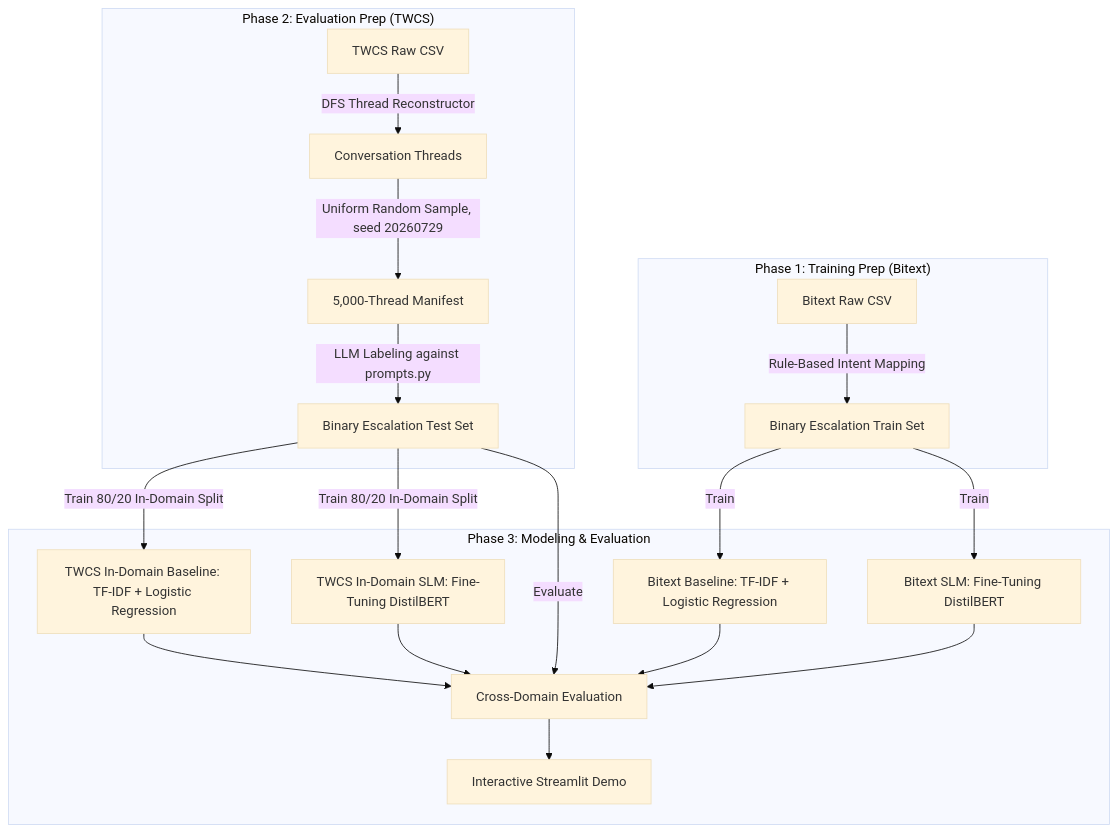
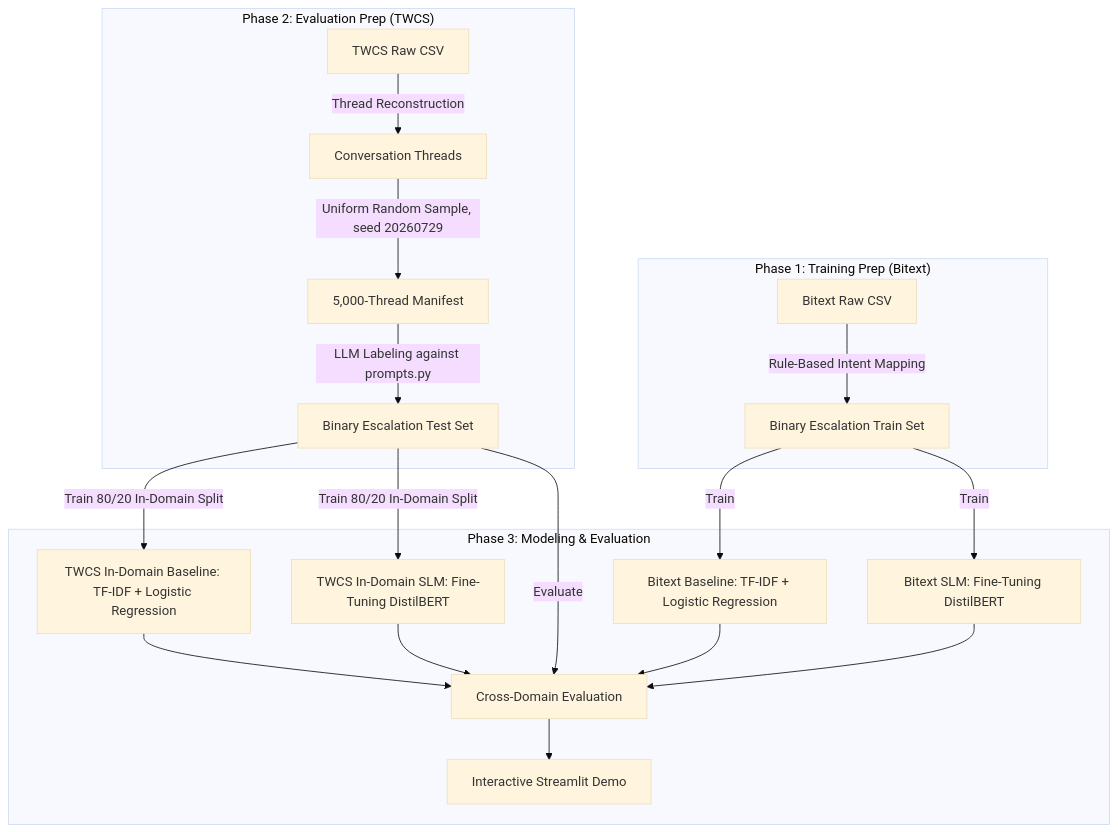
One commit to weirui828/human-loop changed the diagram in README.md. Above: the diagram before and after it, drawn with Mermaid (base theme). The commit also changed other lines of this file, not shown here.

````diff
--- a/README.md
+++ b/README.md
@@ -42,25 +42,25 @@
 ```mermaid
 graph TD
     subgraph P1["Phase 1: Training Prep (Bitext)"]
         A1[Bitext Raw CSV] -->|Rule-Based Intent Mapping| B1[Binary Escalation Train Set]
     end
 
     subgraph P2["Phase 2: Evaluation Prep (TWCS)"]
-        A2[TWCS Raw CSV] -->|DFS Thread Reconstructor| B2[Conversation Threads]
+        A2[TWCS Raw CSV] -->|Thread Reconstruction| B2[Conversation Threads]
         B2 -->|Uniform Random Sample, seed 20260729| B3[5,000-Thread Manifest]
         B3 -->|LLM Labeling against prompts.py| C2[Binary Escalation Test Set]
     end
 
     subgraph P3["Phase 3: Modeling & Evaluation"]
         B1 -->|Train| D[Bitext Baseline: TF-IDF + Logistic Regression]
         B1 -->|Train| E[Bitext SLM: Fine-Tuning DistilBERT]
         C2 -->|Train 80/20 In-Domain Split| H[TWCS In-Domain Baseline: TF-IDF + Logistic Regression]
         C2 -->|Train 80/20 In-Domain Split| I[TWCS In-Domain SLM: Fine-Tuning DistilBERT]
         C2 -->|Evaluate| F[Cross-Domain Evaluation]
         D --> F
         E --> F
         H --> F
         I --> F
         F --> G[Interactive Streamlit Demo]
     end
 ```
````
